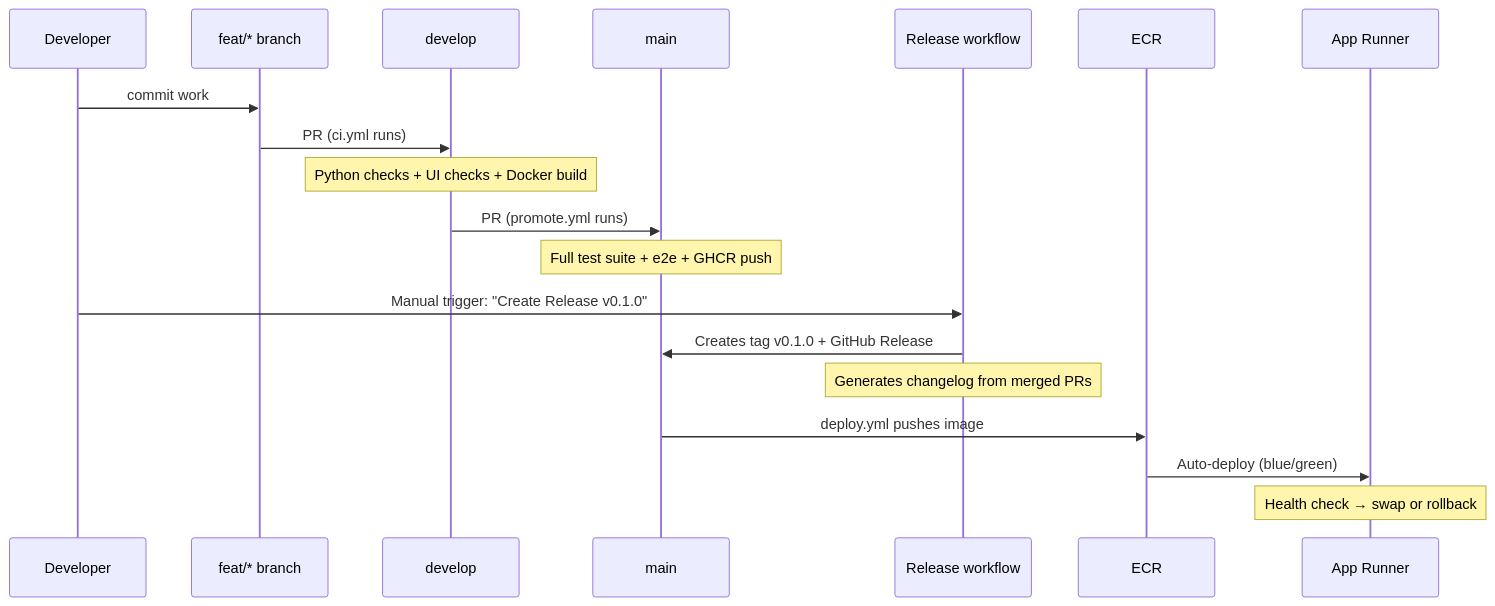
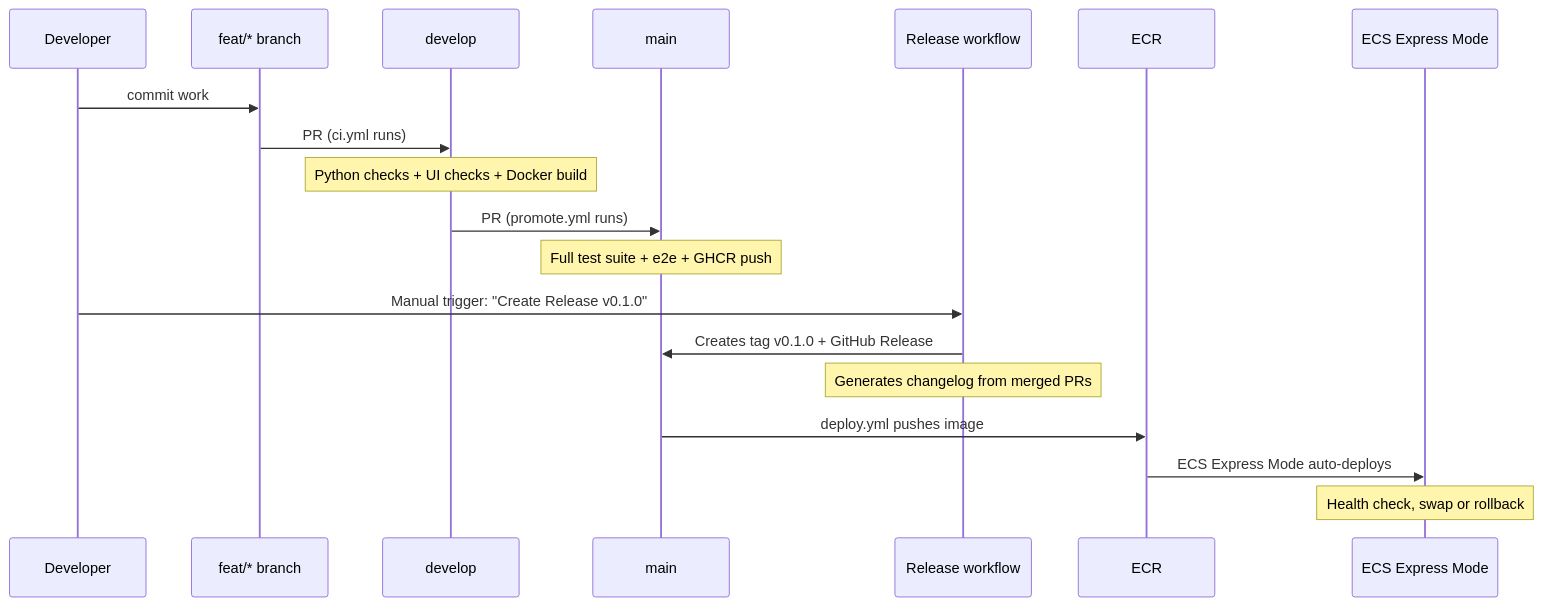
The second of 5 diagrams in .github/README.md (ricardogr07/shelter-pulse), drawn with Mermaid before and after one commit. The commit also changed other lines of this file and 40 other files, not shown here.

````diff
--- a/.github/README.md
+++ b/.github/README.md
@@ -25,22 +27,22 @@
 ```mermaid
 sequenceDiagram
     participant Dev as Developer
     participant F as feat/* branch
     participant D as develop
     participant M as main
     participant R as Release workflow
     participant ECR as ECR
-    participant AR as App Runner
+    participant ECS as ECS Express Mode
 
     Dev->>F: commit work
     F->>D: PR (ci.yml runs)
     Note over D: Python checks + UI checks + Docker build
     D->>M: PR (promote.yml runs)
     Note over M: Full test suite + e2e + GHCR push
     Dev->>R: Manual trigger: "Create Release v0.1.0"
     R->>M: Creates tag v0.1.0 + GitHub Release
     Note over R: Generates changelog from merged PRs
     M->>ECR: deploy.yml pushes image
-    ECR->>AR: Auto-deploy (blue/green)
-    Note over AR: Health check → swap or rollback
+    ECR->>ECS: ECS Express Mode auto-deploys
+    Note over ECS: Health check, swap or rollback
 ```
````
